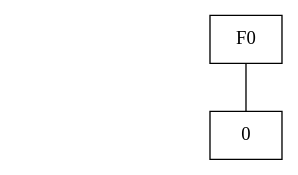
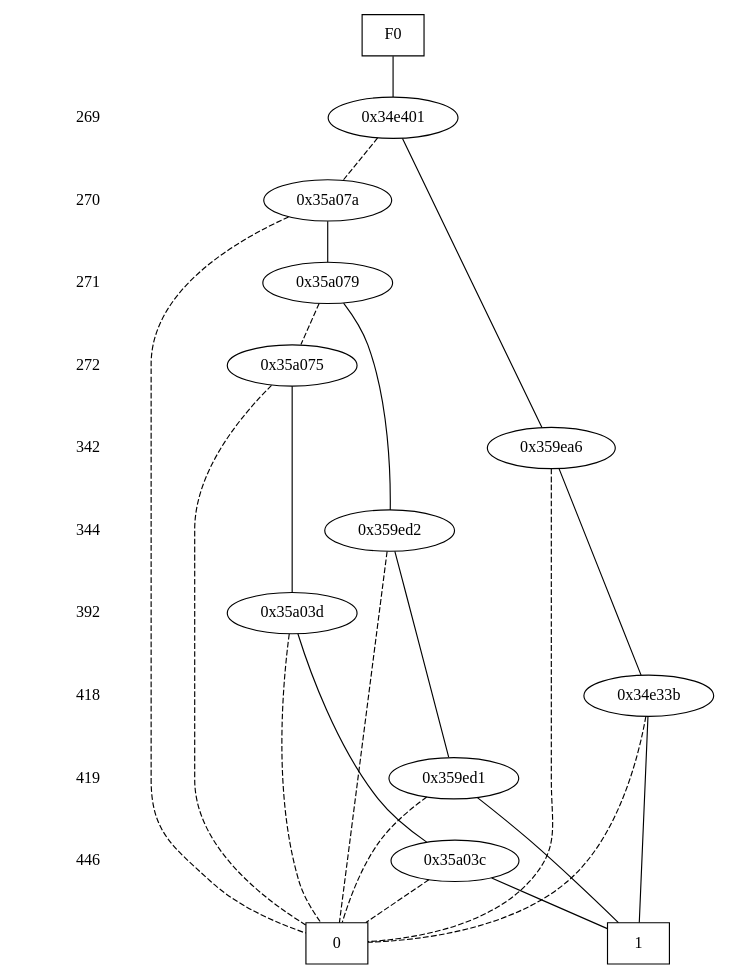
One commit to dan-olsen/ECE524 changed the diagram in Project1_2/Dot/9.dot. Above: the diagram before and after it, drawn with Graphviz. The commit also changed 41 other files, not shown here.

```diff
--- a/Project1_2/Dot/9.dot
+++ b/Project1_2/Dot/9.dot
@@ -1,18 +1,70 @@
 digraph "ZDD" {
 size = "7.5,10"
 center = true;
 edge [dir = none];
 { node [shape = plaintext];
   edge [style = invis];
   "CONST NODES" [style = invis];
-"CONST NODES"; 
+" 269 " -> " 270 " -> " 271 " -> " 272 " -> " 342 " -> " 344 " -> " 392 " -> " 418 " -> " 419 " -> " 446 " -> "CONST NODES"; 
 }
 { rank = same; node [shape = box]; edge [style = invis];
 "F0"; }
+{ rank = same; " 269 ";
+"0x34e401";
+}
+{ rank = same; " 270 ";
+"0x35a07a";
+}
+{ rank = same; " 271 ";
+"0x35a079";
+}
+{ rank = same; " 272 ";
+"0x35a075";
+}
+{ rank = same; " 342 ";
+"0x359ea6";
+}
+{ rank = same; " 344 ";
+"0x359ed2";
+}
+{ rank = same; " 392 ";
+"0x35a03d";
+}
+{ rank = same; " 418 ";
+"0x34e33b";
+}
+{ rank = same; " 419 ";
+"0x359ed1";
+}
+{ rank = same; " 446 ";
+"0x35a03c";
+}
 { rank = same; "CONST NODES";
-{ node [shape = box]; "(nil)";
+{ node [shape = box]; "0x2b419f";
+"0x2b419e";
 }
 }
-"F0" -> "(nil)" [style = solid];
-"(nil)" [label = "0"];
+"F0" -> "0x34e401" [style = solid];
+"0x34e401" -> "0x359ea6";
+"0x34e401" -> "0x35a07a" [style = dashed];
+"0x35a07a" -> "0x35a079";
+"0x35a07a" -> "0x2b419f" [style = dashed];
+"0x35a079" -> "0x359ed2";
+"0x35a079" -> "0x35a075" [style = dashed];
+"0x35a075" -> "0x35a03d";
+"0x35a075" -> "0x2b419f" [style = dashed];
+"0x359ea6" -> "0x34e33b";
+"0x359ea6" -> "0x2b419f" [style = dashed];
+"0x359ed2" -> "0x359ed1";
+"0x359ed2" -> "0x2b419f" [style = dashed];
+"0x35a03d" -> "0x35a03c";
+"0x35a03d" -> "0x2b419f" [style = dashed];
+"0x34e33b" -> "0x2b419e";
+"0x34e33b" -> "0x2b419f" [style = dashed];
+"0x359ed1" -> "0x2b419e";
+"0x359ed1" -> "0x2b419f" [style = dashed];
+"0x35a03c" -> "0x2b419e";
+"0x35a03c" -> "0x2b419f" [style = dashed];
+"0x2b419f" [label = "0"];
+"0x2b419e" [label = "1"];
 }
```
